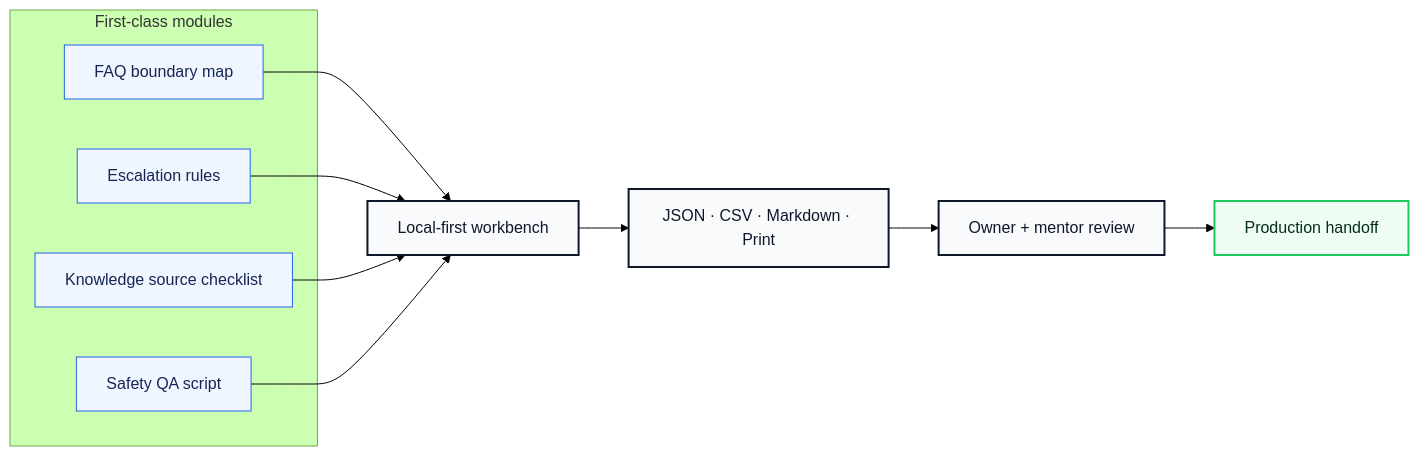
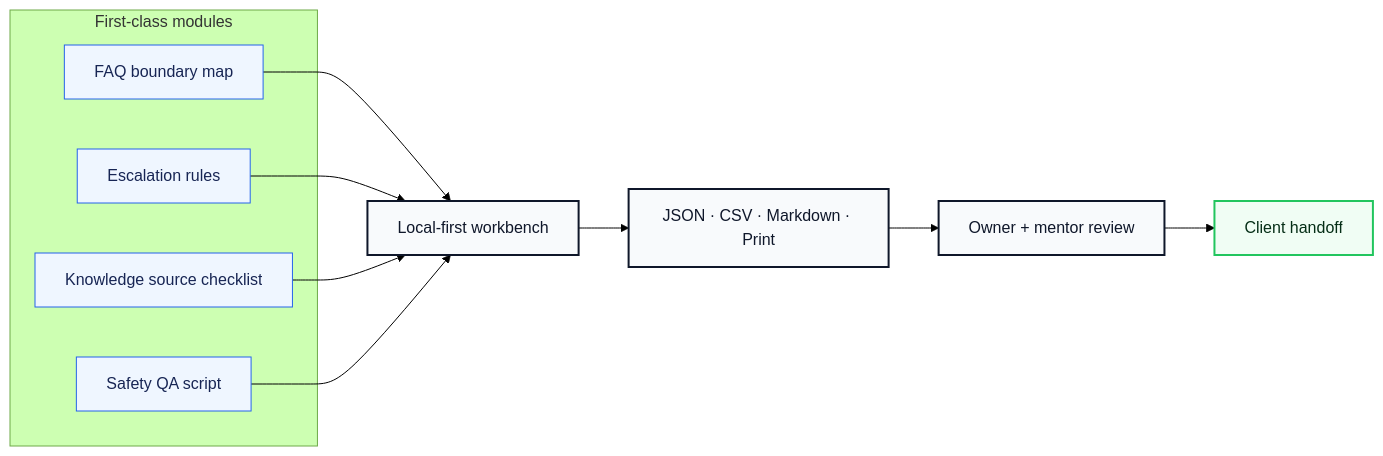
The second of 3 diagrams in README.md (volta-npo/chatbot-intake-blueprint), drawn with Mermaid (forest theme) before and after one commit. The commit also changed other lines of this file and 28 other files, not shown here.

````diff
--- a/README.md
+++ b/README.md
@@ -64,23 +64,23 @@
 ```mermaid
 flowchart LR
     subgraph Modules["First-class modules"]
         M1["FAQ boundary map"]
         M2["Escalation rules"]
         M3["Knowledge source checklist"]
         M4["Safety QA script"]
     end
     M1 --> Workbench
     M2 --> Workbench
     M3 --> Workbench
     M4 --> Workbench
     Workbench["Local-first workbench"] --> Exports["JSON · CSV · Markdown · Print"]
     Exports --> Review["Owner + mentor review"]
-    Review --> Launch["Production handoff"]
+    Review --> Launch["Client handoff"]
 
     classDef module fill:#eff6ff,stroke:#2563eb,color:#172554;
     classDef app fill:#f8fafc,stroke:#0f172a,color:#0f172a,stroke-width:2px;
     classDef launch fill:#f0fdf4,stroke:#22c55e,color:#052e16,stroke-width:2px;
     class M1,M2,M3,M4 module;
     class Workbench,Exports,Review app;
     class Launch launch;
 ```
````
